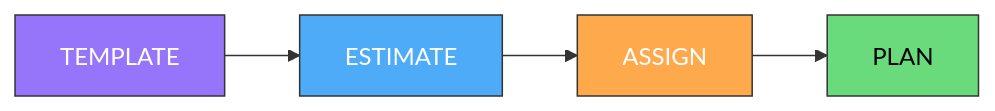
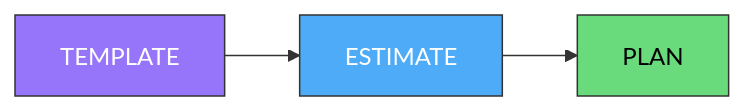
Before and after one commit to Cyberk-Official/handbooks: the diagram in 05-product-owner/po-board-create/board-create-process.md, drawn with Mermaid. The commit also changed other lines of this file and 40 other files, not shown here.

````diff
--- a/05-product-owner/po-board-create/board-create-process.md
+++ b/05-product-owner/po-board-create/board-create-process.md
@@ -35,11 +35,9 @@
 ```mermaid
 flowchart LR
     T["TEMPLATE"] --> A["ESTIMATE"]
-    A --> B["ASSIGN"]
-    B --> C["PLAN"]
+    A --> C["PLAN"]
 
     style T fill:#9775fa,stroke:#333,color:#fff
     style A fill:#4dabf7,stroke:#333,color:#fff
-    style B fill:#ffa94d,stroke:#333,color:#fff
     style C fill:#69db7c,stroke:#333,color:#000
 ```
````
